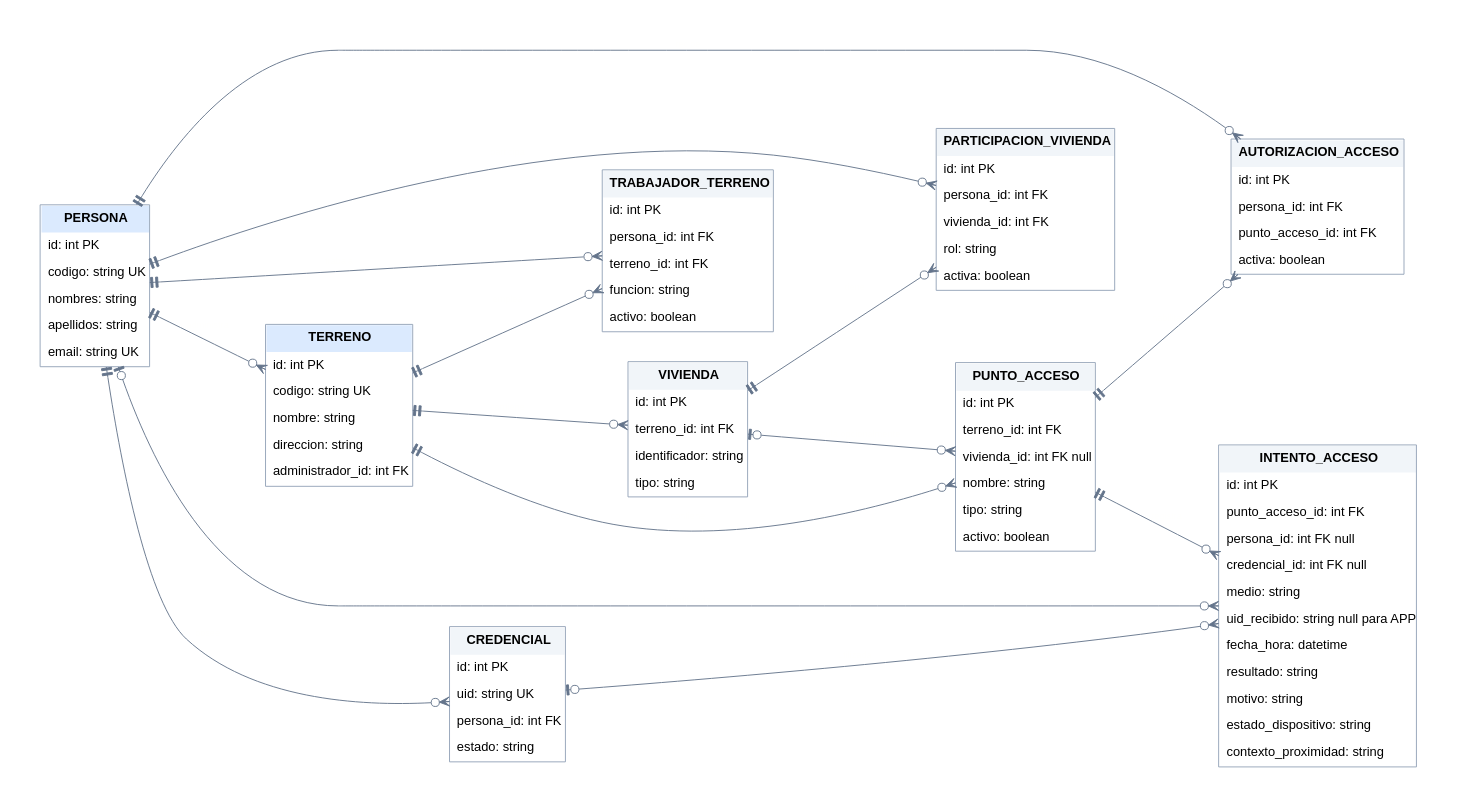
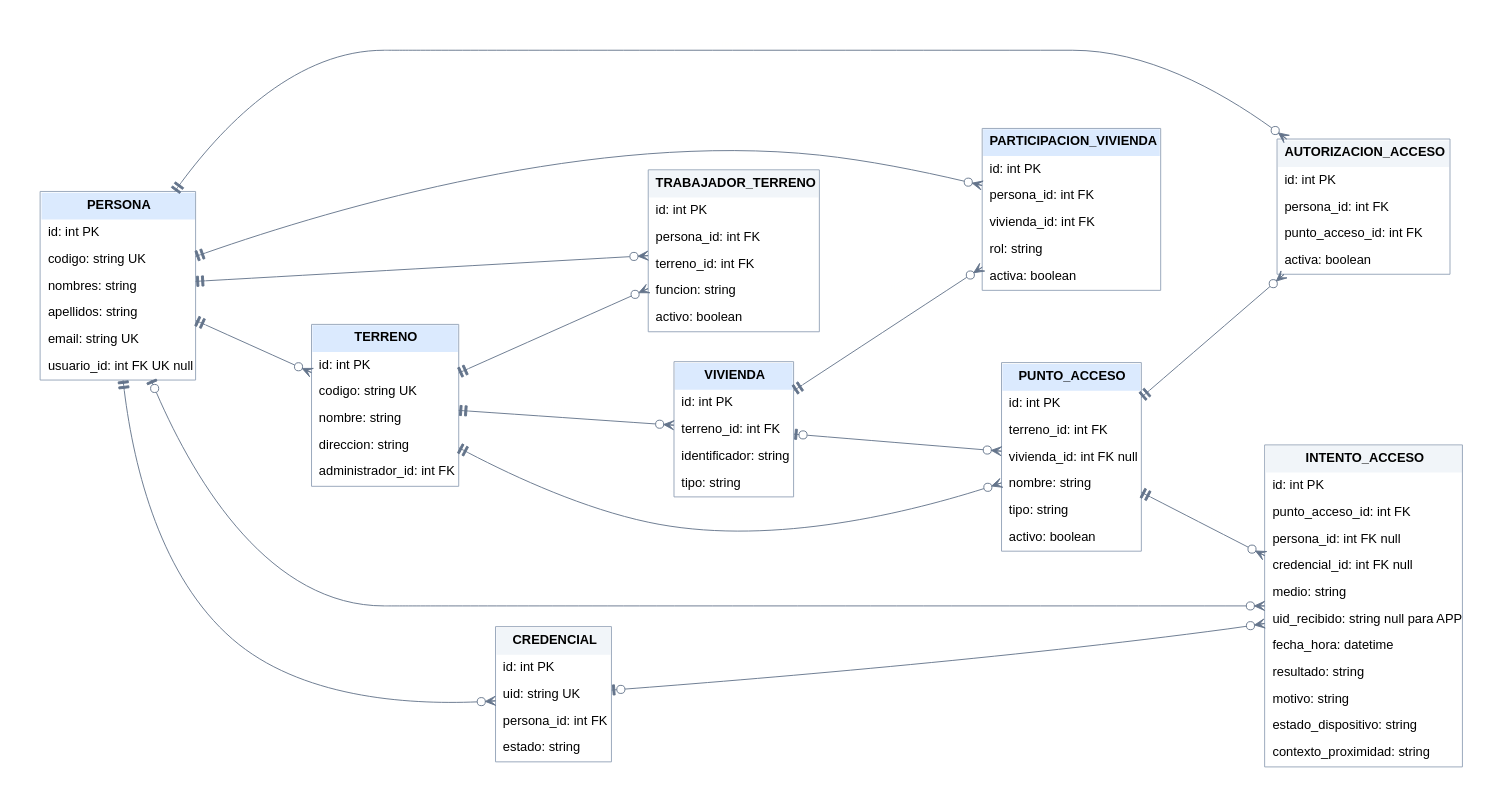
Before and after one commit to amaruprog14/smartconnect: the diagram in er/diagrama_er_v1.dot, drawn with Graphviz. The commit also changed 1 other file, not shown here.

Commit message:
Actualiza el ER con lo implementado en la entrega 2
Agrega usuario_id: int FK UK null a PERSONA y marca en azul PERSONA,
TERRENO, VIVIENDA, PUNTO_ACCESO y PARTICIPACION_VIVIENDA en el DOT y en
draw.io. La pestaña BD inicial implementada muestra ahora las cinco
tablas y sus relaciones. Falta exportar PNG y SVG con Graphviz.

```diff
--- a/er/diagrama_er_v1.dot
+++ b/er/diagrama_er_v1.dot
@@ -1,29 +1,29 @@
 digraph ER {
 graph [rankdir=LR, bgcolor="white", pad="0.5", nodesep="0.45", ranksep="1.1", fontname="Arial"];
 node [shape=plain, fontname="Arial"];
 // Las etiquetas de las relaciones solo ayudan a distribuir el diagrama: son transparentes.
 edge [fontname="Arial", fontsize=10, color="#64748b", fontcolor="transparent", dir=both, arrowsize=1.1];
-PERSONA [label=<<TABLE BORDER="1" CELLBORDER="0" CELLSPACING="0" CELLPADDING="7" COLOR="#94a3b8"><TR><TD BGCOLOR="#dbeafe"><B>PERSONA</B></TD></TR><TR><TD ALIGN="LEFT">id: int PK</TD></TR><TR><TD ALIGN="LEFT">codigo: string UK</TD></TR><TR><TD ALIGN="LEFT">nombres: string</TD></TR><TR><TD ALIGN="LEFT">apellidos: string</TD></TR><TR><TD ALIGN="LEFT">email: string UK</TD></TR></TABLE>>];
+PERSONA [label=<<TABLE BORDER="1" CELLBORDER="0" CELLSPACING="0" CELLPADDING="7" COLOR="#94a3b8"><TR><TD BGCOLOR="#dbeafe"><B>PERSONA</B></TD></TR><TR><TD ALIGN="LEFT">id: int PK</TD></TR><TR><TD ALIGN="LEFT">codigo: string UK</TD></TR><TR><TD ALIGN="LEFT">nombres: string</TD></TR><TR><TD ALIGN="LEFT">apellidos: string</TD></TR><TR><TD ALIGN="LEFT">email: string UK</TD></TR><TR><TD ALIGN="LEFT">usuario_id: int FK UK null</TD></TR></TABLE>>];
 TERRENO [label=<<TABLE BORDER="1" CELLBORDER="0" CELLSPACING="0" CELLPADDING="7" COLOR="#94a3b8"><TR><TD BGCOLOR="#dbeafe"><B>TERRENO</B></TD></TR><TR><TD ALIGN="LEFT">id: int PK</TD></TR><TR><TD ALIGN="LEFT">codigo: string UK</TD></TR><TR><TD ALIGN="LEFT">nombre: string</TD></TR><TR><TD ALIGN="LEFT">direccion: string</TD></TR><TR><TD ALIGN="LEFT">administrador_id: int FK</TD></TR></TABLE>>];
-VIVIENDA [label=<<TABLE BORDER="1" CELLBORDER="0" CELLSPACING="0" CELLPADDING="7" COLOR="#94a3b8"><TR><TD BGCOLOR="#f1f5f9"><B>VIVIENDA</B></TD></TR><TR><TD ALIGN="LEFT">id: int PK</TD></TR><TR><TD ALIGN="LEFT">terreno_id: int FK</TD></TR><TR><TD ALIGN="LEFT">identificador: string</TD></TR><TR><TD ALIGN="LEFT">tipo: string</TD></TR></TABLE>>];
-PARTICIPACION_VIVIENDA [label=<<TABLE BORDER="1" CELLBORDER="0" CELLSPACING="0" CELLPADDING="7" COLOR="#94a3b8"><TR><TD BGCOLOR="#f1f5f9"><B>PARTICIPACION_VIVIENDA</B></TD></TR><TR><TD ALIGN="LEFT">id: int PK</TD></TR><TR><TD ALIGN="LEFT">persona_id: int FK</TD></TR><TR><TD ALIGN="LEFT">vivienda_id: int FK</TD></TR><TR><TD ALIGN="LEFT">rol: string</TD></TR><TR><TD ALIGN="LEFT">activa: boolean</TD></TR></TABLE>>];
+VIVIENDA [label=<<TABLE BORDER="1" CELLBORDER="0" CELLSPACING="0" CELLPADDING="7" COLOR="#94a3b8"><TR><TD BGCOLOR="#dbeafe"><B>VIVIENDA</B></TD></TR><TR><TD ALIGN="LEFT">id: int PK</TD></TR><TR><TD ALIGN="LEFT">terreno_id: int FK</TD></TR><TR><TD ALIGN="LEFT">identificador: string</TD></TR><TR><TD ALIGN="LEFT">tipo: string</TD></TR></TABLE>>];
+PARTICIPACION_VIVIENDA [label=<<TABLE BORDER="1" CELLBORDER="0" CELLSPACING="0" CELLPADDING="7" COLOR="#94a3b8"><TR><TD BGCOLOR="#dbeafe"><B>PARTICIPACION_VIVIENDA</B></TD></TR><TR><TD ALIGN="LEFT">id: int PK</TD></TR><TR><TD ALIGN="LEFT">persona_id: int FK</TD></TR><TR><TD ALIGN="LEFT">vivienda_id: int FK</TD></TR><TR><TD ALIGN="LEFT">rol: string</TD></TR><TR><TD ALIGN="LEFT">activa: boolean</TD></TR></TABLE>>];
 TRABAJADOR_TERRENO [label=<<TABLE BORDER="1" CELLBORDER="0" CELLSPACING="0" CELLPADDING="7" COLOR="#94a3b8"><TR><TD BGCOLOR="#f1f5f9"><B>TRABAJADOR_TERRENO</B></TD></TR><TR><TD ALIGN="LEFT">id: int PK</TD></TR><TR><TD ALIGN="LEFT">persona_id: int FK</TD></TR><TR><TD ALIGN="LEFT">terreno_id: int FK</TD></TR><TR><TD ALIGN="LEFT">funcion: string</TD></TR><TR><TD ALIGN="LEFT">activo: boolean</TD></TR></TABLE>>];
 CREDENCIAL [label=<<TABLE BORDER="1" CELLBORDER="0" CELLSPACING="0" CELLPADDING="7" COLOR="#94a3b8"><TR><TD BGCOLOR="#f1f5f9"><B>CREDENCIAL</B></TD></TR><TR><TD ALIGN="LEFT">id: int PK</TD></TR><TR><TD ALIGN="LEFT">uid: string UK</TD></TR><TR><TD ALIGN="LEFT">persona_id: int FK</TD></TR><TR><TD ALIGN="LEFT">estado: string</TD></TR></TABLE>>];
-PUNTO_ACCESO [label=<<TABLE BORDER="1" CELLBORDER="0" CELLSPACING="0" CELLPADDING="7" COLOR="#94a3b8"><TR><TD BGCOLOR="#f1f5f9"><B>PUNTO_ACCESO</B></TD></TR><TR><TD ALIGN="LEFT">id: int PK</TD></TR><TR><TD ALIGN="LEFT">terreno_id: int FK</TD></TR><TR><TD ALIGN="LEFT">vivienda_id: int FK null</TD></TR><TR><TD ALIGN="LEFT">nombre: string</TD></TR><TR><TD ALIGN="LEFT">tipo: string</TD></TR><TR><TD ALIGN="LEFT">activo: boolean</TD></TR></TABLE>>];
+PUNTO_ACCESO [label=<<TABLE BORDER="1" CELLBORDER="0" CELLSPACING="0" CELLPADDING="7" COLOR="#94a3b8"><TR><TD BGCOLOR="#dbeafe"><B>PUNTO_ACCESO</B></TD></TR><TR><TD ALIGN="LEFT">id: int PK</TD></TR><TR><TD ALIGN="LEFT">terreno_id: int FK</TD></TR><TR><TD ALIGN="LEFT">vivienda_id: int FK null</TD></TR><TR><TD ALIGN="LEFT">nombre: string</TD></TR><TR><TD ALIGN="LEFT">tipo: string</TD></TR><TR><TD ALIGN="LEFT">activo: boolean</TD></TR></TABLE>>];
 AUTORIZACION_ACCESO [label=<<TABLE BORDER="1" CELLBORDER="0" CELLSPACING="0" CELLPADDING="7" COLOR="#94a3b8"><TR><TD BGCOLOR="#f1f5f9"><B>AUTORIZACION_ACCESO</B></TD></TR><TR><TD ALIGN="LEFT">id: int PK</TD></TR><TR><TD ALIGN="LEFT">persona_id: int FK</TD></TR><TR><TD ALIGN="LEFT">punto_acceso_id: int FK</TD></TR><TR><TD ALIGN="LEFT">activa: boolean</TD></TR></TABLE>>];
 INTENTO_ACCESO [label=<<TABLE BORDER="1" CELLBORDER="0" CELLSPACING="0" CELLPADDING="7" COLOR="#94a3b8"><TR><TD BGCOLOR="#f1f5f9"><B>INTENTO_ACCESO</B></TD></TR><TR><TD ALIGN="LEFT">id: int PK</TD></TR><TR><TD ALIGN="LEFT">punto_acceso_id: int FK</TD></TR><TR><TD ALIGN="LEFT">persona_id: int FK null</TD></TR><TR><TD ALIGN="LEFT">credencial_id: int FK null</TD></TR><TR><TD ALIGN="LEFT">medio: string</TD></TR><TR><TD ALIGN="LEFT">uid_recibido: string null para APP</TD></TR><TR><TD ALIGN="LEFT">fecha_hora: datetime</TD></TR><TR><TD ALIGN="LEFT">resultado: string</TD></TR><TR><TD ALIGN="LEFT">motivo: string</TD></TR><TR><TD ALIGN="LEFT">estado_dispositivo: string</TD></TR><TR><TD ALIGN="LEFT">contexto_proximidad: string</TD></TR></TABLE>>];
 PERSONA -> TERRENO [label="administra", arrowtail=teetee, arrowhead=crowodot];
 TERRENO -> VIVIENDA [label="contiene", arrowtail=teetee, arrowhead=crowodot];
 PERSONA -> PARTICIPACION_VIVIENDA [label="participa", arrowtail=teetee, arrowhead=crowodot];
 VIVIENDA -> PARTICIPACION_VIVIENDA [label="tiene", arrowtail=teetee, arrowhead=crowodot];
 PERSONA -> TRABAJADOR_TERRENO [label="trabaja", arrowtail=teetee, arrowhead=crowodot];
 TERRENO -> TRABAJADOR_TERRENO [label="emplea", arrowtail=teetee, arrowhead=crowodot];
 PERSONA -> CREDENCIAL [label="posee", arrowtail=teetee, arrowhead=crowodot];
 TERRENO -> PUNTO_ACCESO [label="contiene", arrowtail=teetee, arrowhead=crowodot];
 VIVIENDA -> PUNTO_ACCESO [label="vincula opcionalmente", arrowtail=teeodot, arrowhead=crowodot];
 PERSONA -> AUTORIZACION_ACCESO [label="recibe", arrowtail=teetee, arrowhead=crowodot];
 PUNTO_ACCESO -> AUTORIZACION_ACCESO [label="habilita", arrowtail=teetee, arrowhead=crowodot];
 PUNTO_ACCESO -> INTENTO_ACCESO [label="registra", arrowtail=teetee, arrowhead=crowodot];
 PERSONA -> INTENTO_ACCESO [label="identificada", arrowtail=teeodot, arrowhead=crowodot];
 CREDENCIAL -> INTENTO_ACCESO [label="utilizada", arrowtail=teeodot, arrowhead=crowodot];
 }
```
